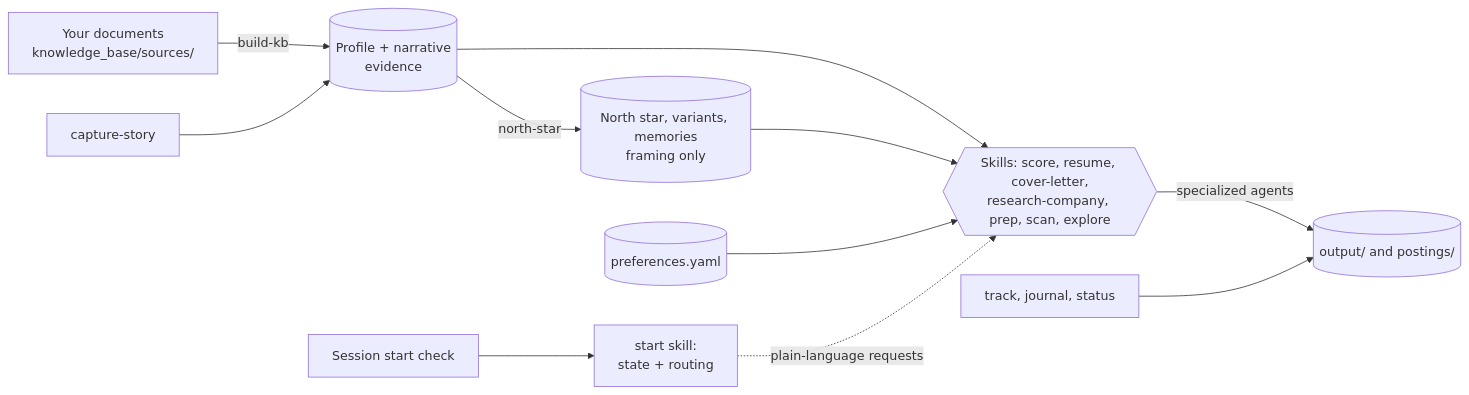
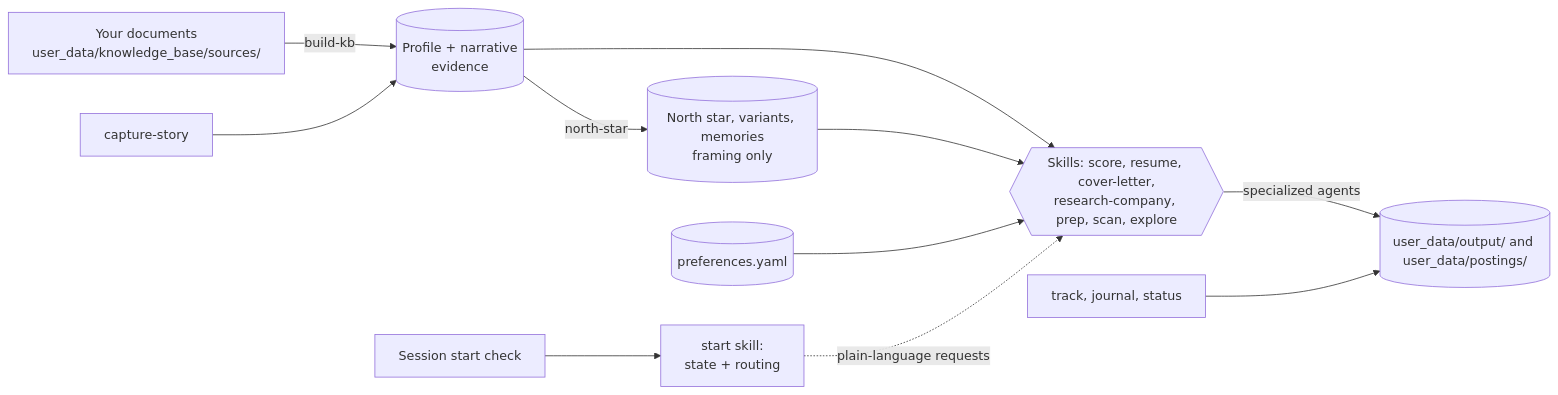
One commit to michaelgarcia/careerforge changed the diagram in README.md. Above: the diagram before and after it, drawn with Mermaid. The commit also changed other lines of this file and 94 other files, not shown here.

````diff
--- a/README.md
+++ b/README.md
@@ -124,14 +53,14 @@
 ```mermaid
 flowchart LR
-  SRC["Your documents<br/>knowledge_base/sources/"] -->|build-kb| EV[("Profile + narrative<br/>evidence")]
+  SRC["Your documents<br/>user_data/knowledge_base/sources/"] -->|build-kb| EV[("Profile + narrative<br/>evidence")]
   CS["capture-story"] --> EV
   EV -->|north-star| FR[("North star, variants, memories<br/>framing only")]
   PR[("preferences.yaml")]
   EV --> SK{{"Skills: score, resume, cover-letter,<br/>research-company, prep, scan, explore"}}
   FR --> SK
   PR --> SK
-  SK -->|specialized agents| OUT[("output/ and postings/")]
+  SK -->|specialized agents| OUT[("user_data/output/ and user_data/postings/")]
   TR["track, journal, status"] --> OUT
   HOOK["Session start check"] --> ST["start skill:<br/>state + routing"]
   ST -.->|plain-language requests| SK
 ```
````
